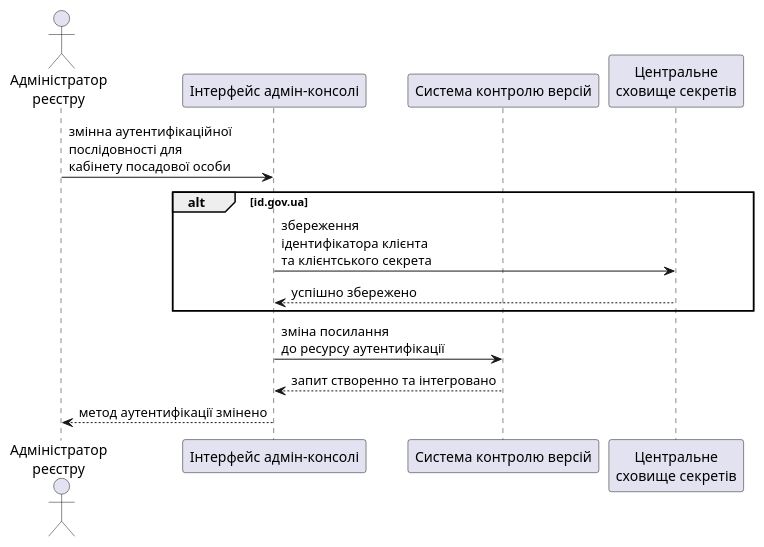
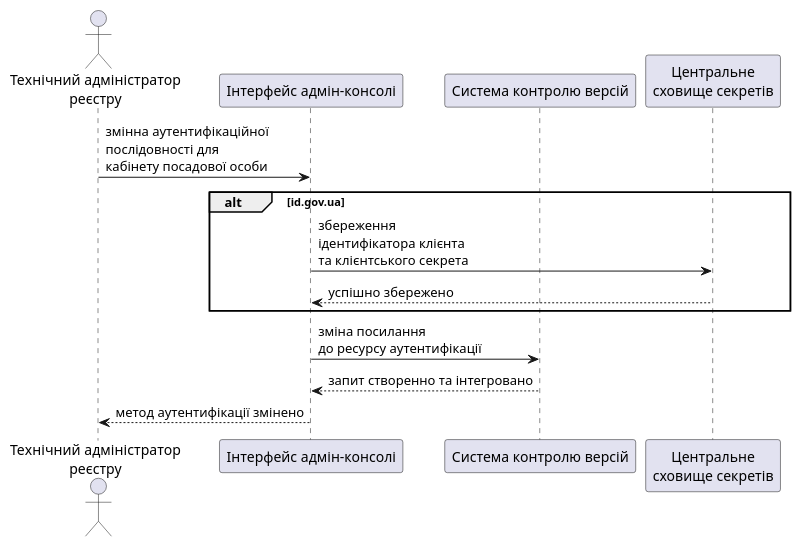
Before and after one commit to epam/edp-ddm-architecture: the second of 2 diagrams in modules/arch/pages/architecture-workspace/platform-evolution/id-gov-ua-flow.adoc, drawn with PlantUML.

Commit message:
[EDP-DDM-22290] Actor name fixed

```diff
--- a/modules/arch/pages/architecture-workspace/platform-evolution/id-gov-ua-flow.adoc
+++ b/modules/arch/pages/architecture-workspace/platform-evolution/id-gov-ua-flow.adoc
@@ -78,17 +78,17 @@
 [plantuml, configuration, svg]
 ----
 @startuml
-actor "Адміністратор\nреєстру" as admin
+actor "Технічний адміністратор\nреєстру" as admin
 participant "Інтерфейс адмін-консолі" as cp
 participant "Система контролю версій" as gerrit
 participant "Центральне\nсховище секретів" as registry
 admin -> cp: змінна аутентифікаційної\nпослідовності для\nкабінету посадової особи
 alt id.gov.ua
 cp -> registry: збереження\nідентифікатора клієнта\nта клієнтського секрета
 return успішно збережено
 end
 cp -> gerrit: зміна посилання\nдо ресурсу аутентифікації
 return запит створенно та інтегровано
 cp --> admin: метод аутентифікації змінено
 @enduml
 ----
```
